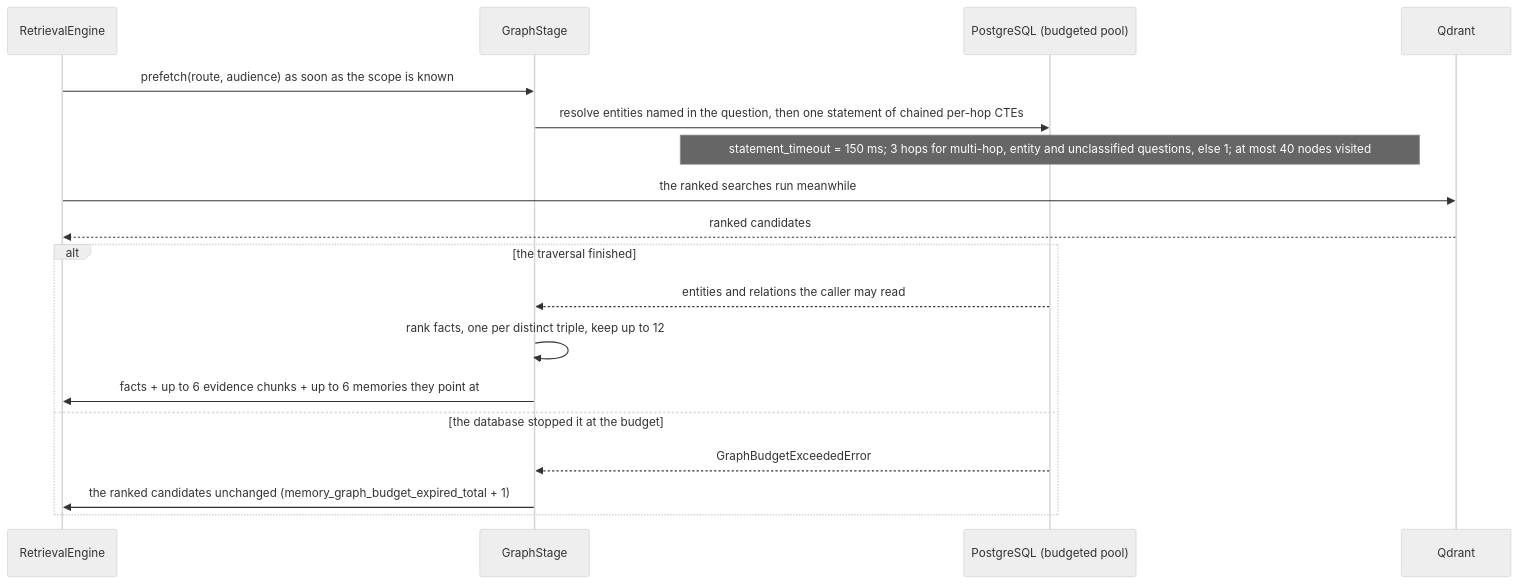
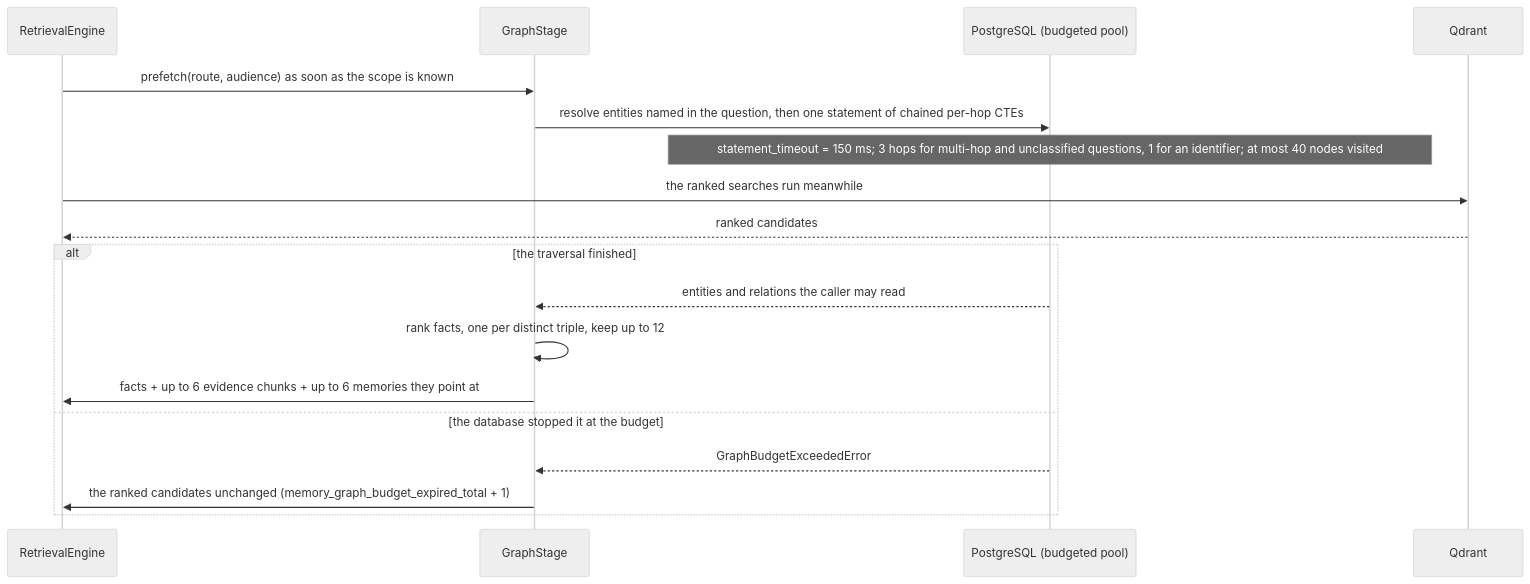
The third of 3 diagrams in docs/guide/05-knowledge-graph.md (amitmohapatra/agent-memory-service), drawn with Mermaid (neutral theme) before and after one commit. The commit also changed other lines of this file and 20 other files, not shown here.

````diff
--- a/docs/guide/05-knowledge-graph.md
+++ b/docs/guide/05-knowledge-graph.md
@@ -221,20 +221,20 @@
 ```mermaid
 sequenceDiagram
   participant E as RetrievalEngine
   participant G as GraphStage
   participant PG as PostgreSQL (budgeted pool)
   participant S as Qdrant
   E->>G: prefetch(route, audience) as soon as the scope is known
   G->>PG: resolve entities named in the question, then one statement of chained per-hop CTEs
-  Note over PG: statement_timeout = 150 ms#59; 3 hops for multi-hop, entity and unclassified questions, else 1#59; at most 40 nodes visited
+  Note over PG: statement_timeout = 150 ms#59; 3 hops for multi-hop and unclassified questions, 1 for an identifier#59; at most 40 nodes visited
   E->>S: the ranked searches run meanwhile
   S-->>E: ranked candidates
   alt the traversal finished
     PG-->>G: entities and relations the caller may read
     G->>G: rank facts, one per distinct triple, keep up to 12
     G->>E: facts + up to 6 evidence chunks + up to 6 memories they point at
   else the database stopped it at the budget
     PG-->>G: GraphBudgetExceededError
     G->>E: the ranked candidates unchanged (memory_graph_budget_expired_total + 1)
   end
 ```
````
